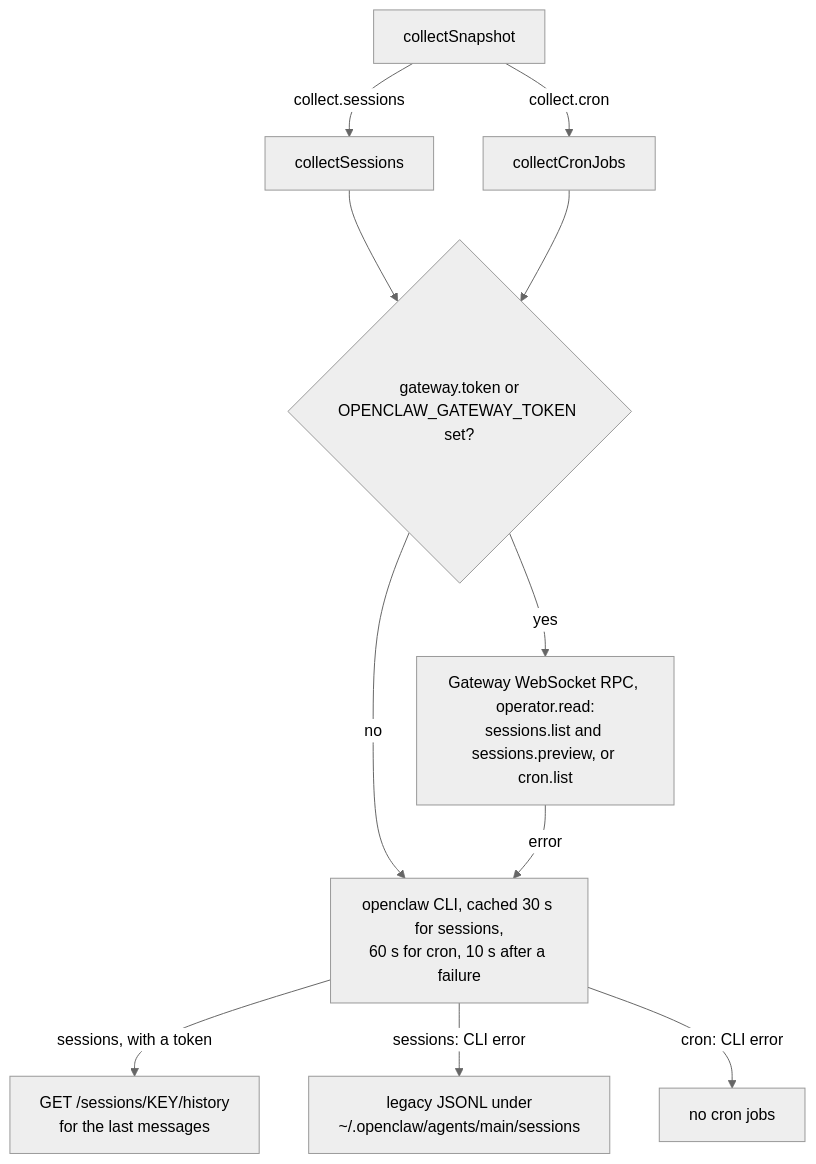
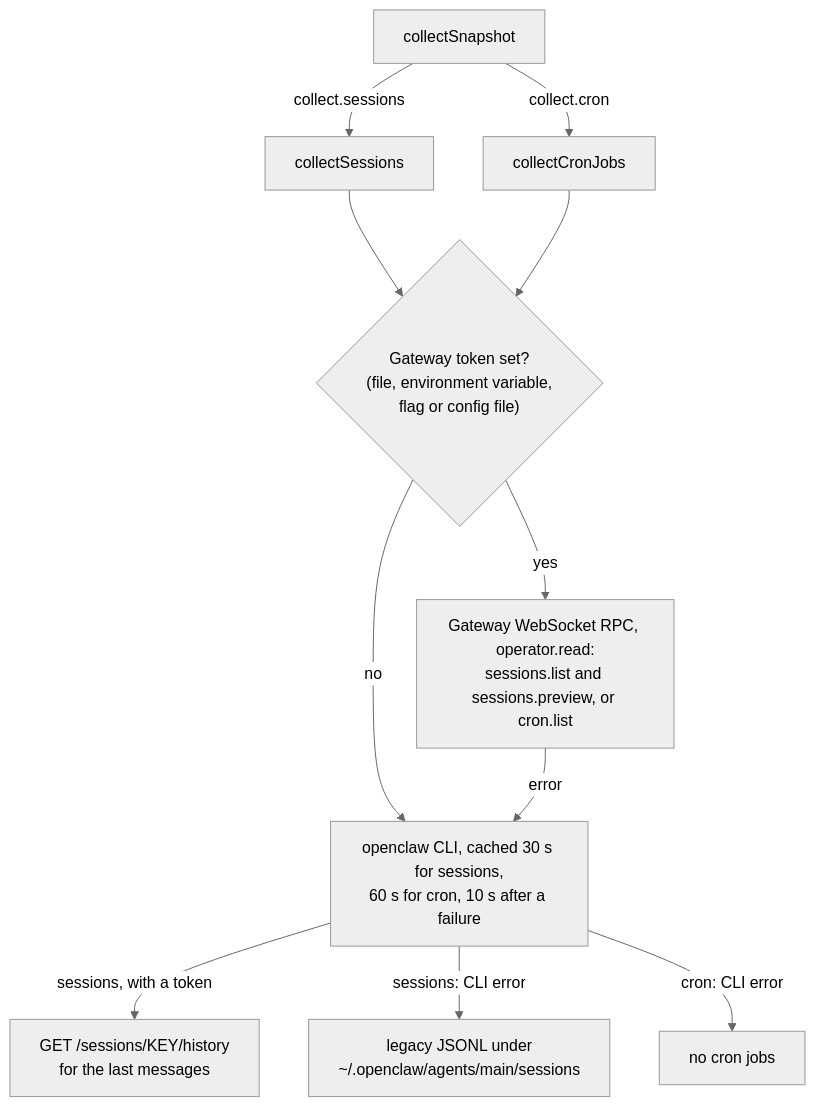
Before and after one commit to LanNguyenSi/clawd-monitor-agent: the diagram in docs/cli-reference.md, drawn with Mermaid (neutral theme). The commit also changed other lines of this file and 19 other files, not shown here.

First line of the commit message:
fix(security): OpenClaw gateway token out of argv (--gateway-token-file) (#51)

````diff
--- a/docs/cli-reference.md
+++ b/docs/cli-reference.md
@@ -15,13 +15,13 @@
 ```mermaid
 flowchart TD
   Snap["collectSnapshot"] -->|collect.sessions| Sess["collectSessions"]
   Snap -->|collect.cron| Cron["collectCronJobs"]
-  Sess --> Tok{"gateway.token or<br/>OPENCLAW_GATEWAY_TOKEN set?"}
+  Sess --> Tok{"Gateway token set?<br/>(file, environment variable,<br/>flag or config file)"}
   Cron --> Tok
   Tok -->|yes| RPC["Gateway WebSocket RPC, operator.read:<br/>sessions.list and sessions.preview, or cron.list"]
   Tok -->|no| CLI["openclaw CLI, cached 30 s for sessions,<br/>60 s for cron, 10 s after a failure"]
   RPC -->|error| CLI
   CLI -->|"sessions, with a token"| Hist["GET /sessions/KEY/history<br/>for the last messages"]
   CLI -->|"sessions: CLI error"| JSONL["legacy JSONL under<br/>~/.openclaw/agents/main/sessions"]
   CLI -->|"cron: CLI error"| Empty["no cron jobs"]
 ```
````
